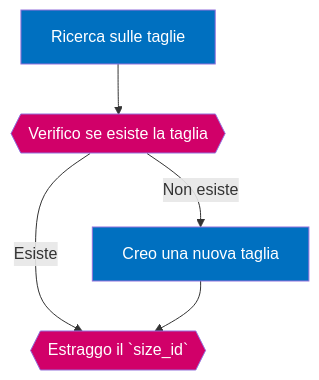
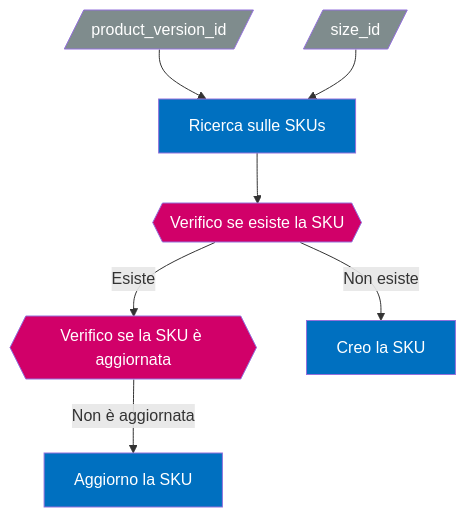
The seventh of 7 diagrams in how_to/import_products.md (phoenixweb/Crystal), drawn with Mermaid before and after one commit. The commit also changed other lines of this file, not shown here.

````diff
--- a/how_to/import_products.md
+++ b/how_to/import_products.md
@@ -395,13 +532,19 @@
 ```mermaid
 graph TD;
- A[Ricerca sulle taglie]:::action;
- B{{Verifico se esiste la taglia}}:::logic;
- C[Creo una nuova taglia]:::action;
- D{{Estraggo il `size_id`}}:::logic;
- A-->B;
- B-->|Esiste|D;
- B-->|Non esiste|C;
- C-->D;
- classDef action fill:#0070C0,color:#FFF;
- classDef logic fill:#D10069,color:#FFF;
+	A[/"`product_version_id`"/]:::continue;
+	B[/"`size_id`"/]:::continue;
+	C["Ricerca sulle SKUs"]:::action;
+	D{{Verifico se esiste la SKU}}:::logic;
+	E{{Verifico se la SKU è aggiornata}}:::logic;
+	F[Creo la SKU]:::action;
+	G[Aggiorno la SKU]:::action;
+	A-->C;
+	B-->C;
+	C-->D;
+	D-->|Esiste|E;
+	D-->|Non esiste|F;
+	E-->|Non è aggiornata|G;
+	classDef continue fill:#7F8C8D,color:#FFF;
+	classDef action fill:#0070C0,color:#FFF;
+	classDef logic fill:#D10069,color:#FFF;
 ```
````
